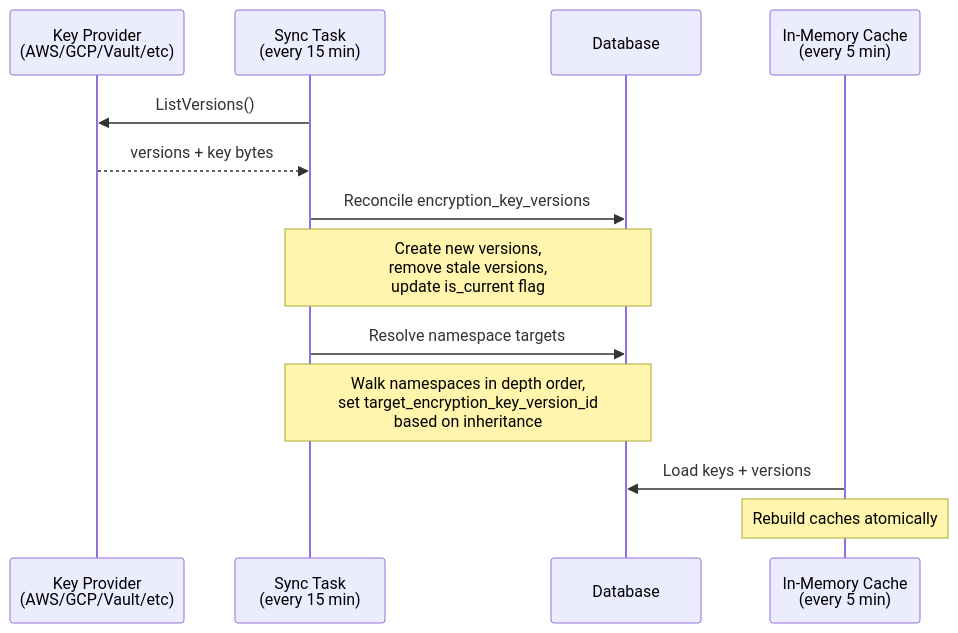
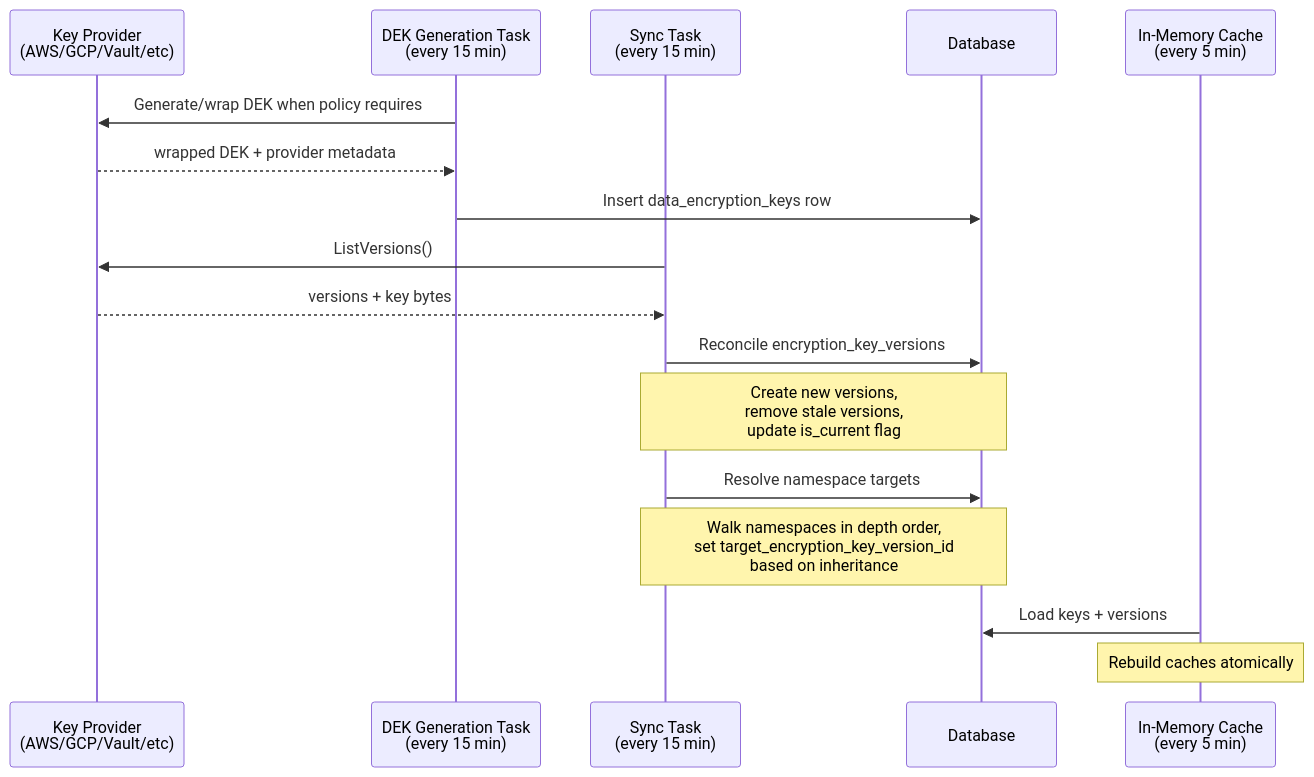
One commit to rmorlok/authproxy changed the third of 3 diagrams in internal/encrypt/README.md. Above: the diagram before and after it, drawn with Mermaid. The commit also changed other lines of this file and 12 other files, not shown here.

Commit message:
Add KMS DEK generation policy task

````diff
--- a/internal/encrypt/README.md
+++ b/internal/encrypt/README.md
@@ -106,19 +113,24 @@
 ```mermaid
 sequenceDiagram
     participant Provider as Key Provider<br/>(AWS/GCP/Vault/etc)
+    participant DEKTask as DEK Generation Task<br/>(every 15 min)
     participant SyncTask as Sync Task<br/>(every 15 min)
     participant DB as Database
     participant Memory as In-Memory Cache<br/>(every 5 min)
+
+    DEKTask->>Provider: Generate/wrap DEK when policy requires
+    Provider-->>DEKTask: wrapped DEK + provider metadata
+    DEKTask->>DB: Insert data_encryption_keys row
 
     SyncTask->>Provider: ListVersions()
     Provider-->>SyncTask: versions + key bytes
 
     SyncTask->>DB: Reconcile encryption_key_versions
     Note over SyncTask,DB: Create new versions,<br/>remove stale versions,<br/>update is_current flag
 
     SyncTask->>DB: Resolve namespace targets
     Note over SyncTask,DB: Walk namespaces in depth order,<br/>set target_encryption_key_version_id<br/>based on inheritance
 
     Memory->>DB: Load keys + versions
     Note over Memory: Rebuild caches atomically
 ```
````
